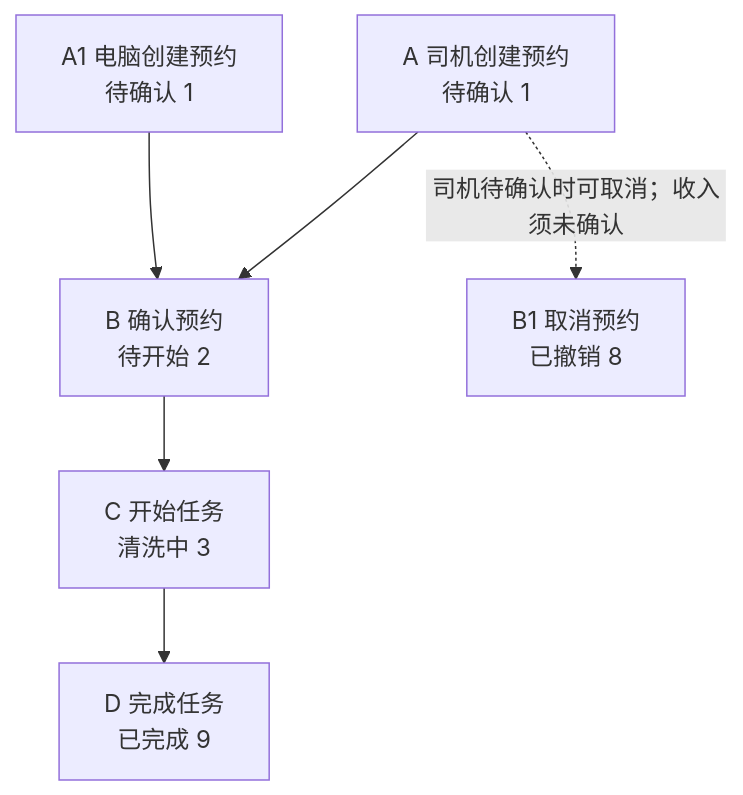
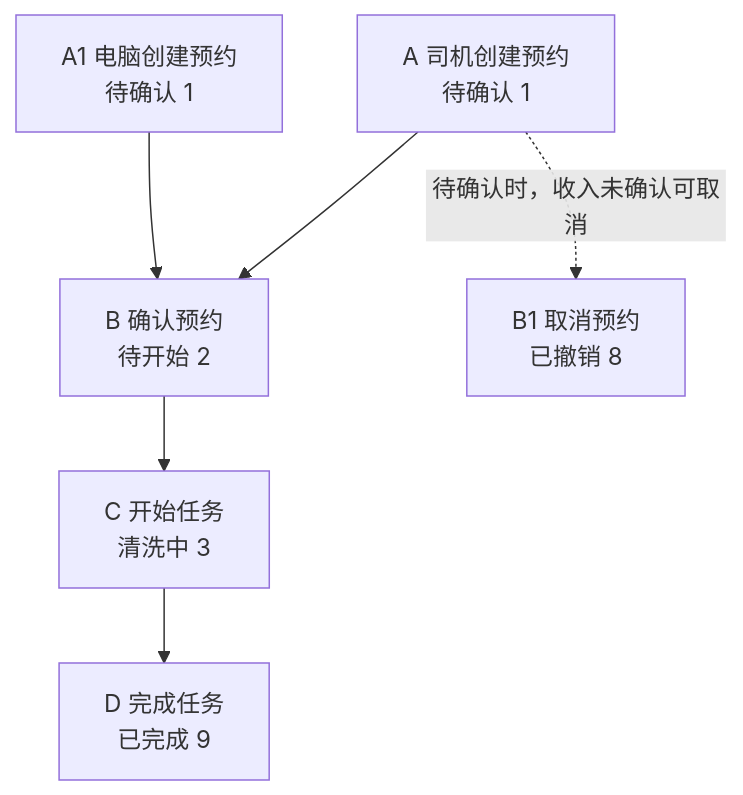
The first of 6 diagrams in skill-previews/code-module-feature-map/yard-tank-clean/developer-guide.md (mapanpan0802-ui/codexAi), drawn with Mermaid before and after one commit. The commit also changed other lines of this file and 5 other files, not shown here.

````diff
--- a/skill-previews/code-module-feature-map/yard-tank-clean/developer-guide.md
+++ b/skill-previews/code-module-feature-map/yard-tank-clean/developer-guide.md
@@ -35,8 +38,8 @@
 ```mermaid
 flowchart TD
     A["A 司机创建预约<br/>待确认 1"] --> B["B 确认预约<br/>待开始 2"]
     A1["A1 电脑创建预约<br/>待确认 1"] --> B
     B --> C["C 开始任务<br/>清洗中 3"]
     C --> D["D 完成任务<br/>已完成 9"]
-    A -. "司机待确认时可取消；收入须未确认" .-> B1["B1 取消预约<br/>已撤销 8"]
+    A -. "待确认时，收入未确认可取消" .-> B1["B1 取消预约<br/>已撤销 8"]
 ```
````
